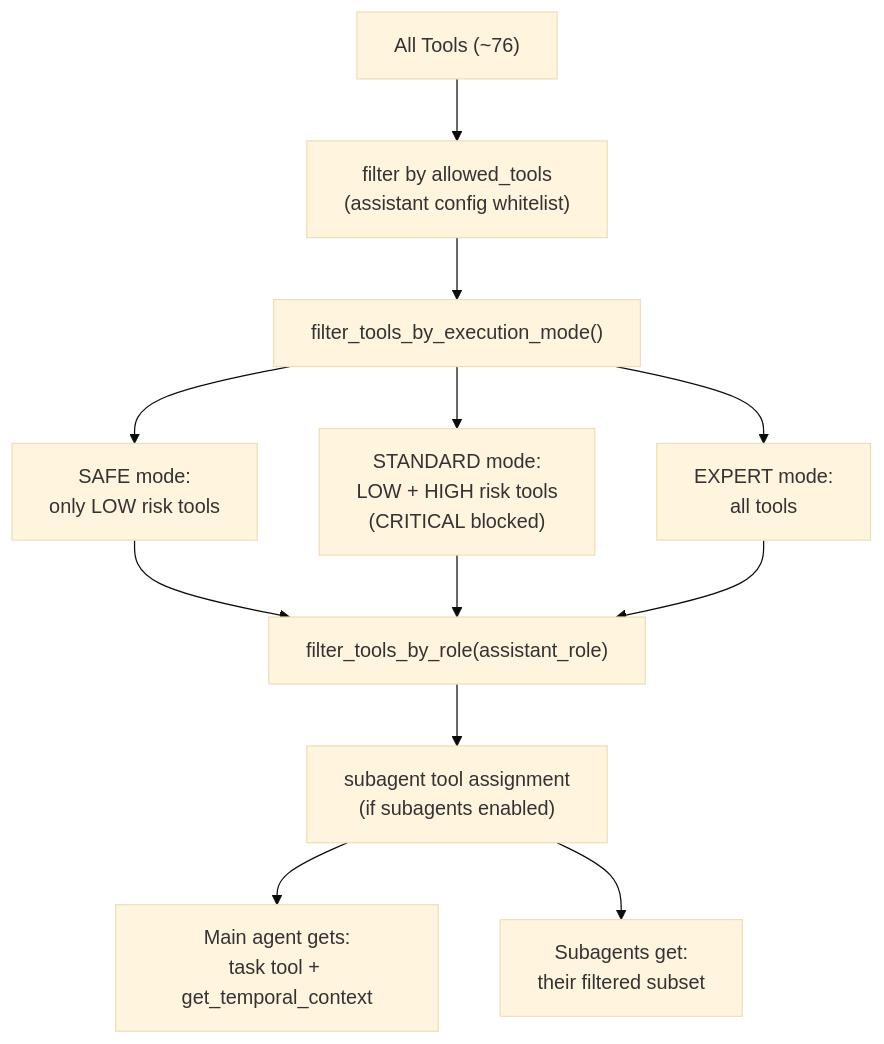
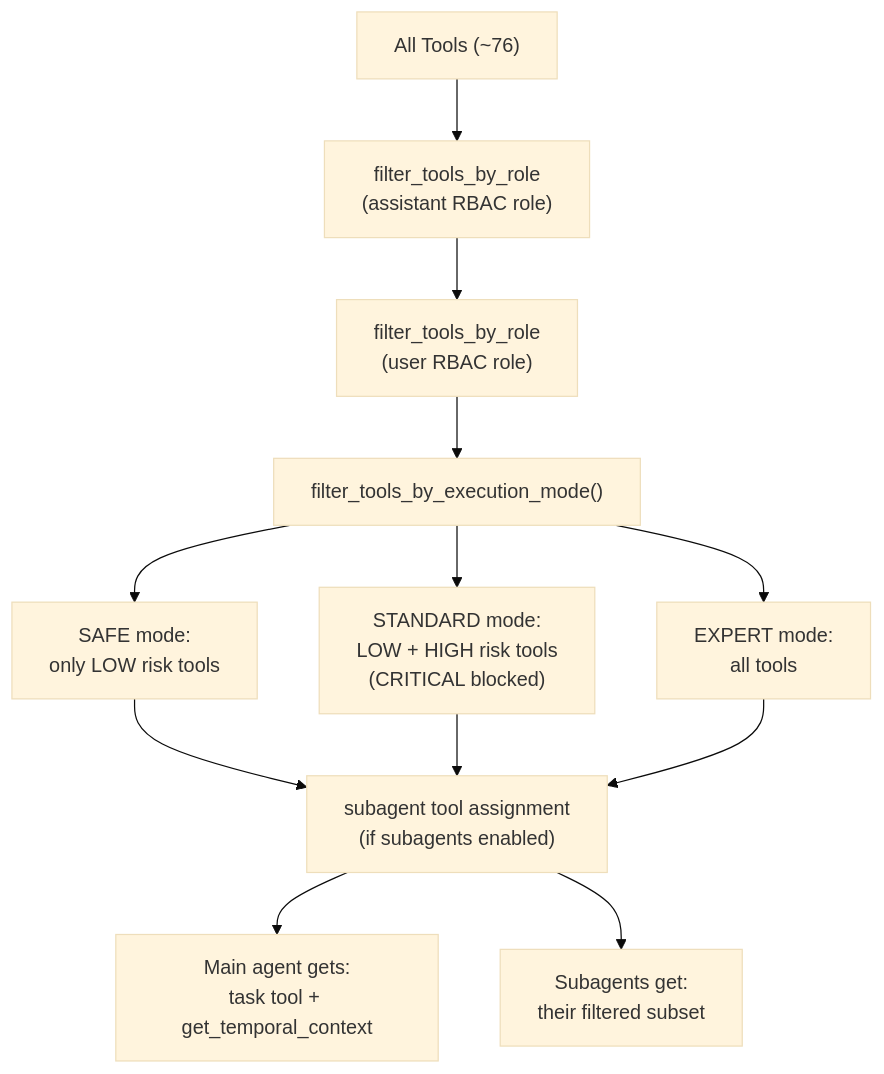
The second of 9 diagrams in docs/02-architecture/ai/agent-orchestration-guide.md (ogghst/backcast), drawn with Mermaid (base theme) before and after one commit. The commit also changed other lines of this file and 13 other files, not shown here.

First line of the commit message:
refactor: remove allowed_tools from AI assistant configuration

````diff
--- a/docs/02-architecture/ai/agent-orchestration-guide.md
+++ b/docs/02-architecture/ai/agent-orchestration-guide.md
@@ -327,15 +327,15 @@
 ```mermaid
 flowchart TD
     All["All Tools (~76)"]
-    All --> WL["filter by allowed_tools\n(assistant config whitelist)"]
-    WL --> FEM["filter_tools_by_execution_mode()"]
+    All --> AR["filter_tools_by_role\n(assistant RBAC role)"]
+    AR --> UR["filter_tools_by_role\n(user RBAC role)"]
+    UR --> FEM["filter_tools_by_execution_mode()"]
     FEM --> SAFE["SAFE mode:\nonly LOW risk tools"]
     FEM --> STD["STANDARD mode:\nLOW + HIGH risk tools\n(CRITICAL blocked)"]
     FEM --> EXP["EXPERT mode:\nall tools"]
-    SAFE --> FBR["filter_tools_by_role(assistant_role)"]
-    STD --> FBR
-    EXP --> FBR
-    FBR --> SA["subagent tool assignment\n(if subagents enabled)"]
+    SAFE --> SA["subagent tool assignment\n(if subagents enabled)"]
+    STD --> SA
+    EXP --> SA
     SA --> MA["Main agent gets:\ntask tool + get_temporal_context"]
     SA --> SUB["Subagents get:\ntheir filtered subset"]
 ```
````
